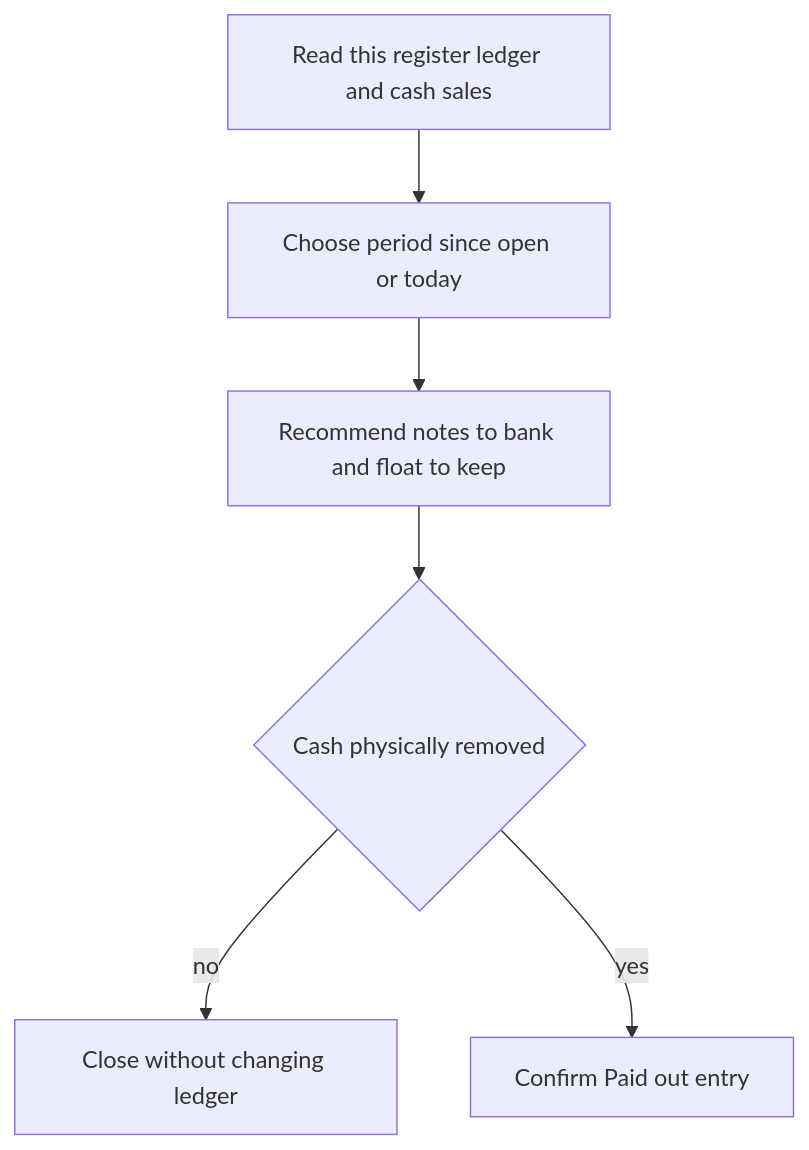
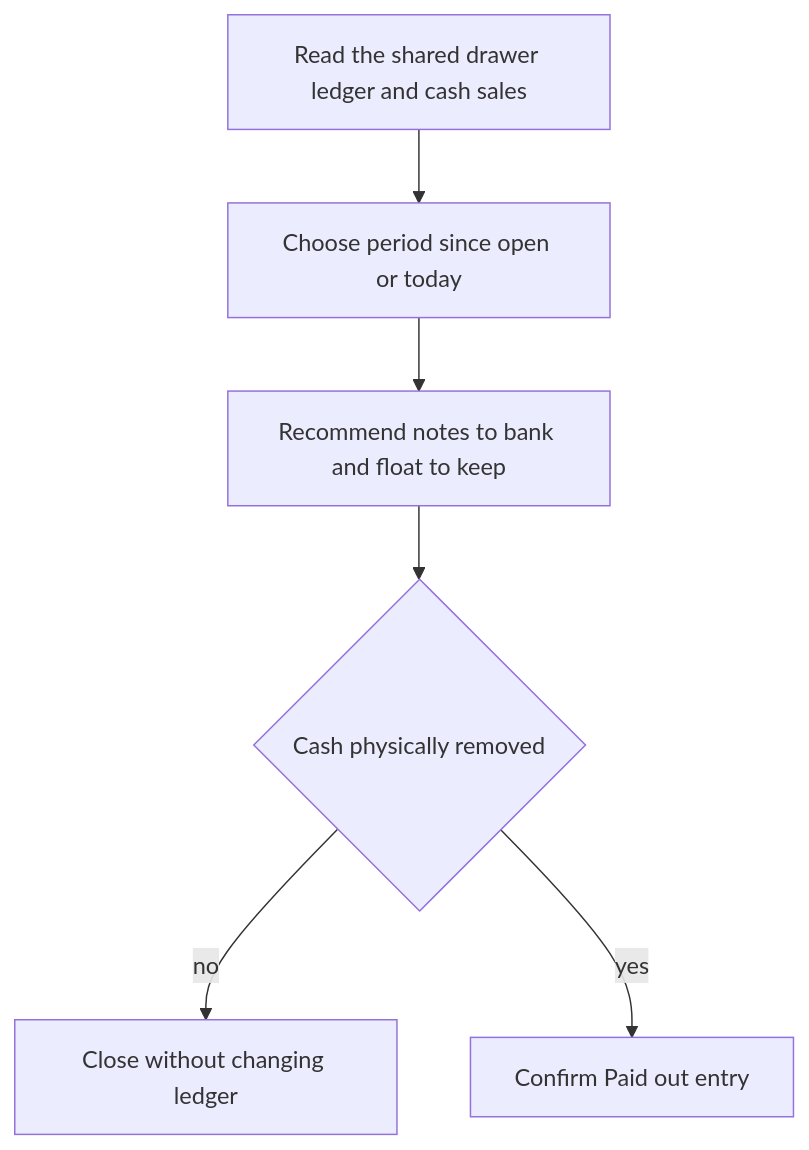
Before and after one commit to Kousei-Uchu/aidens3dp-pos: the diagram in help/cash/float-report.md, drawn with Mermaid. The commit also changed other lines of this file and 17 other files, not shown here.

````diff
--- a/help/cash/float-report.md
+++ b/help/cash/float-report.md
@@ -50,8 +50,8 @@
 ```mermaid
 flowchart TD
-  A[Read this register ledger and cash sales] --> B[Choose period since open or today]
+  A[Read the shared drawer ledger and cash sales] --> B[Choose period since open or today]
   B --> C[Recommend notes to bank and float to keep]
   C --> D{Cash physically removed}
   D -->|no| E[Close without changing ledger]
   D -->|yes| F[Confirm Paid out entry]
 ```
````
